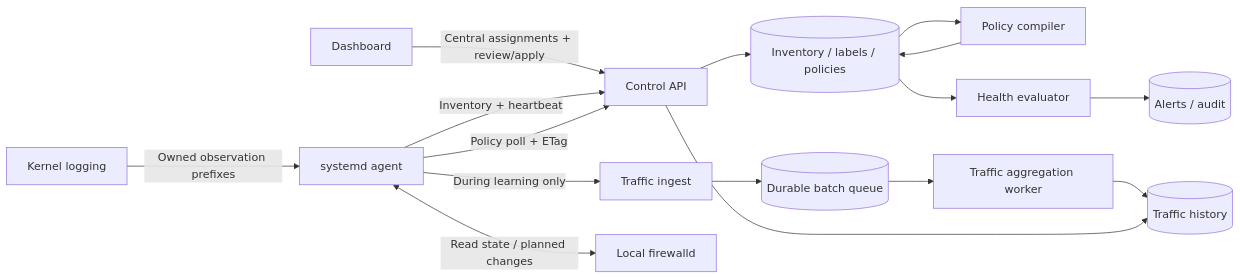
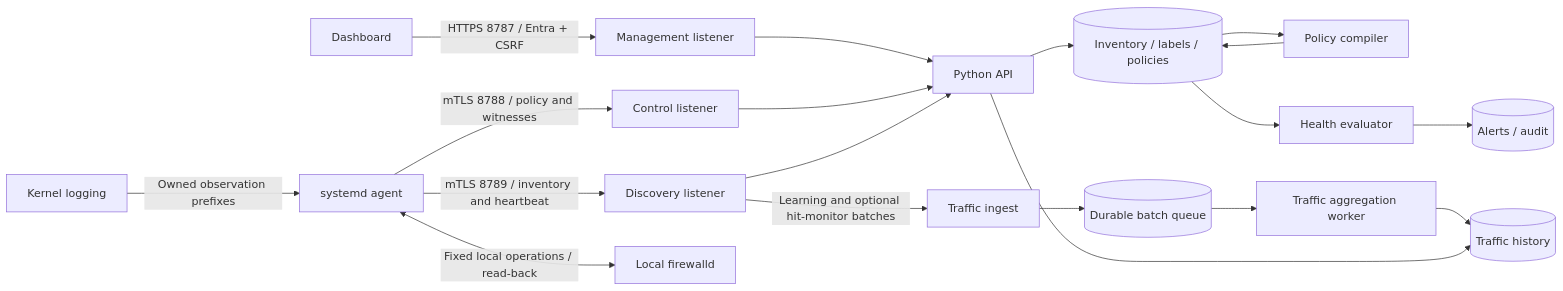
Before and after one commit to everyagelabs/Prrthak: the diagram in docs/architecture.md, drawn with Mermaid. The commit also changed other lines of this file and 115 other files, not shown here.

Commit message:
Add native conntrack and NFLOG capture with TLS and agent recovery hardening

````diff
--- a/docs/architecture.md
+++ b/docs/architecture.md
@@ -59,18 +61,21 @@
 ```mermaid
 flowchart LR
-  Browser[Dashboard] -->|Central assignments + review/apply| API[Control API]
-  Agent[systemd agent] -->|Inventory + heartbeat| API
-  Agent -->|Policy poll + ETag| API
+  Browser[Dashboard] -->|HTTPS 8787 / Entra + CSRF| Management[Management listener]
+  Agent[systemd agent] -->|mTLS 8788 / policy and witnesses| Control[Control listener]
+  Agent -->|mTLS 8789 / inventory and heartbeat| Discovery[Discovery listener]
+  Management --> API[Python API]
+  Control --> API
+  Discovery --> API
   API --> Inventory[(Inventory / labels / policies)]
   Inventory --> Compiler[Policy compiler]
   Compiler --> Inventory
   Inventory --> Health[Health evaluator]
   Health --> Events[(Alerts / audit)]
-  Agent -->|During learning only| Ingest[Traffic ingest]
+  Discovery -->|Learning and optional hit-monitor batches| Ingest[Traffic ingest]
   Ingest --> Queue[(Durable batch queue)]
   Queue --> Worker[Traffic aggregation worker]
   Worker --> Traffic[(Traffic history)]
   API --> Traffic
-  Agent <-->|Read state / planned changes| FW[Local firewalld]
+  Agent <-->|Fixed local operations / read-back| FW[Local firewalld]
   Kernel[Kernel logging] -->|Owned observation prefixes| Agent
 ```
````
